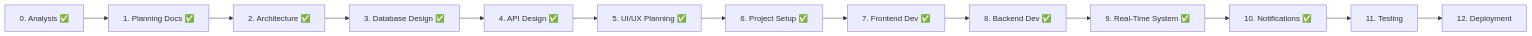
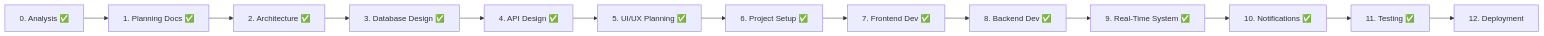
One commit to samiularaf/bubt-bus-tracking changed the diagram in docs/ROADMAP.md. Above: the diagram before and after it, drawn with Mermaid. The commit also changed other lines of this file and 1 other file, not shown here.

Commit message:
docs: sync ROADMAP.md and README.md — Phase 11 complete

````diff
--- a/docs/ROADMAP.md
+++ b/docs/ROADMAP.md
@@ -21,15 +21,15 @@
 ```mermaid
 flowchart LR
     P0[0. Analysis ✅] --> P1[1. Planning Docs ✅]
     P1 --> P2[2. Architecture ✅]
     P2 --> P3[3. Database Design ✅]
     P3 --> P4[4. API Design ✅]
     P4 --> P5[5. UI/UX Planning ✅]
     P5 --> P6[6. Project Setup ✅]
     P6 --> P7[7. Frontend Dev ✅]
     P7 --> P8[8. Backend Dev ✅]
     P8 --> P9[9. Real-Time System ✅]
     P9 --> P10[10. Notifications ✅]
-    P10 --> P11[11. Testing]
+    P10 --> P11[11. Testing ✅]
     P11 --> P12[12. Deployment]
 ```
````
